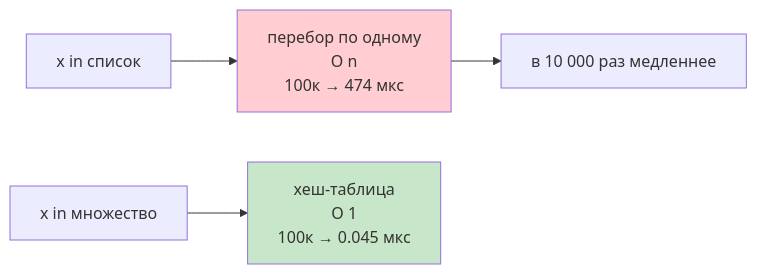
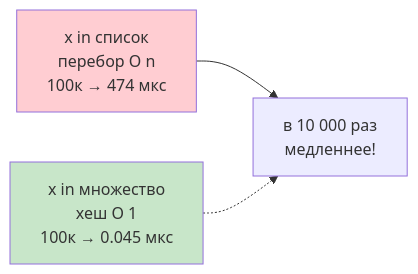
The second of 4 diagrams in 02_Курсы/01. Инженерные практики Python/01_Лекции/10. Сложность и производительность.md (JayStorm228/College), drawn with Mermaid before and after one commit. The commit also changed other lines of this file and 4 other files, not shown here.

````diff
--- a/02_Курсы/01. Инженерные практики Python/01_Лекции/10. Сложность и производительность.md
+++ b/02_Курсы/01. Инженерные практики Python/01_Лекции/10. Сложность и производительность.md
@@ -51,8 +48,7 @@
 ```mermaid
 flowchart LR
-  A[x in список] --> B[перебор по одному<br>O n<br>100к → 474 мкс]
-  C[x in множество] --> D[хеш-таблица<br>O 1<br>100к → 0.045 мкс]
-  B --> E[в 10 000 раз медленнее]
-  style B fill:#ffcdd2
-  style D fill:#c8e6c9
+  A[x in список<br>перебор O n<br>100к → 474 мкс] --> E[в 10 000 раз<br>медленнее!]
+  C[x in множество<br>хеш O 1<br>100к → 0.045 мкс] -.-> E
+  style A fill:#ffcdd2
+  style C fill:#c8e6c9
 ```
````
